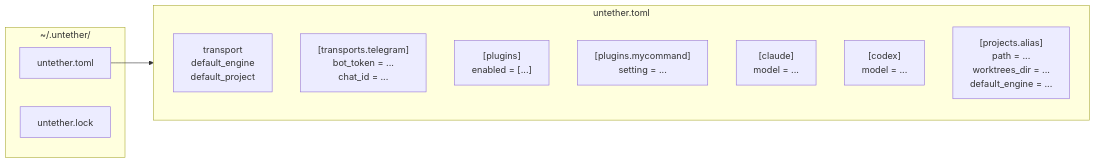
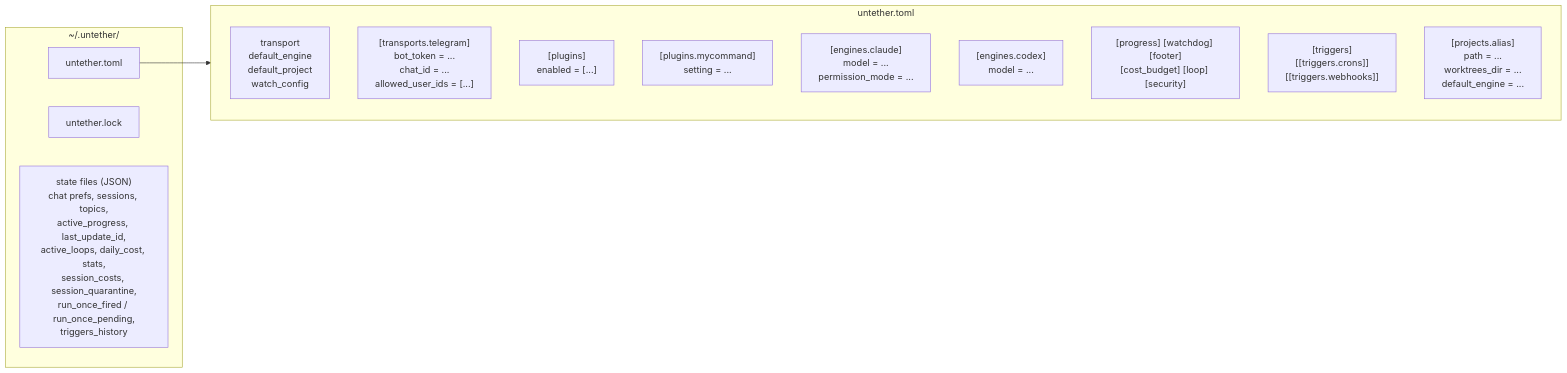
The eighth of 9 diagrams in docs/explanation/architecture.md (littlebearapps/untether), drawn with Mermaid before and after one commit. The commit also changed other lines of this file and 409 other files, not shown here.

````diff
--- a/docs/explanation/architecture.md
+++ b/docs/explanation/architecture.md
@@ -349,20 +383,23 @@
 ```mermaid
 flowchart LR
     subgraph Config["~/.untether/"]
         toml[untether.toml]
         lock[untether.lock]
+        state["state files (JSON)<br/>chat prefs, sessions, topics,<br/>active_progress, last_update_id,<br/>active_loops, daily_cost, stats,<br/>session_costs, session_quarantine,<br/>run_once_fired / run_once_pending,<br/>triggers_history"]
     end
 
     subgraph toml_contents["untether.toml"]
         direction TB
-        global["transport<br/>default_engine<br/>default_project"]
-        telegram_cfg["[transports.telegram]<br/>bot_token = ...<br/>chat_id = ..."]
+        global["transport<br/>default_engine<br/>default_project<br/>watch_config"]
+        telegram_cfg["[transports.telegram]<br/>bot_token = ...<br/>chat_id = ...<br/>allowed_user_ids = [...]"]
         plugins_cfg["[plugins]<br/>enabled = [...]"]
         plugins_extra["[plugins.mycommand]<br/>setting = ..."]
-        claude_cfg["[claude]<br/>model = ..."]
-        codex_cfg["[codex]<br/>model = ..."]
+        claude_cfg["[engines.claude]<br/>model = ...<br/>permission_mode = ..."]
+        codex_cfg["[engines.codex]<br/>model = ..."]
+        runtime_cfg["[progress] [watchdog] [footer]<br/>[cost_budget] [loop] [security]"]
+        triggers_cfg["[triggers]<br/>[[triggers.crons]]<br/>[[triggers.webhooks]]"]
         projects_cfg["[projects.alias]<br/>path = ...<br/>worktrees_dir = ...<br/>default_engine = ..."]
     end
 
     toml --> toml_contents
 ```
````
